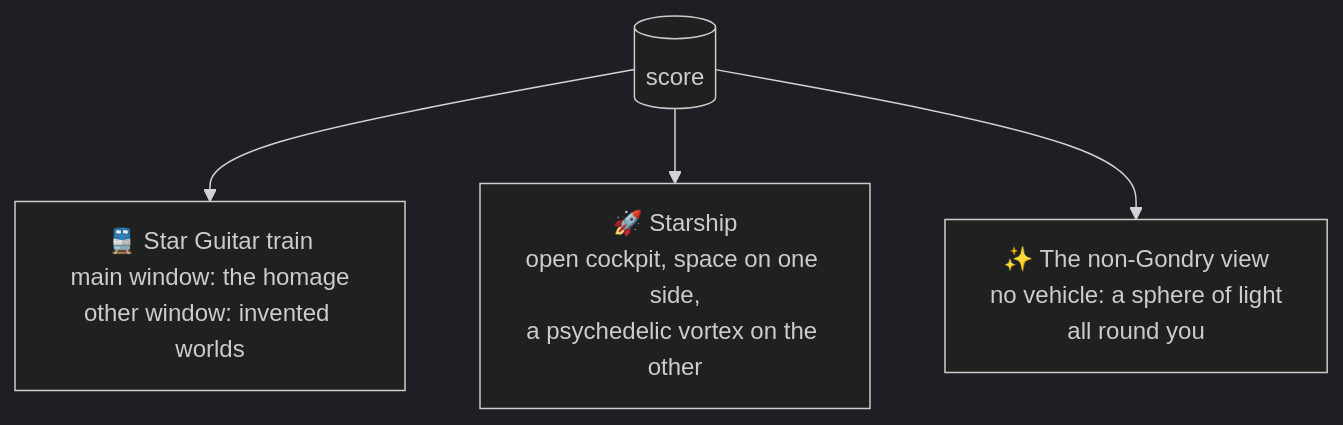
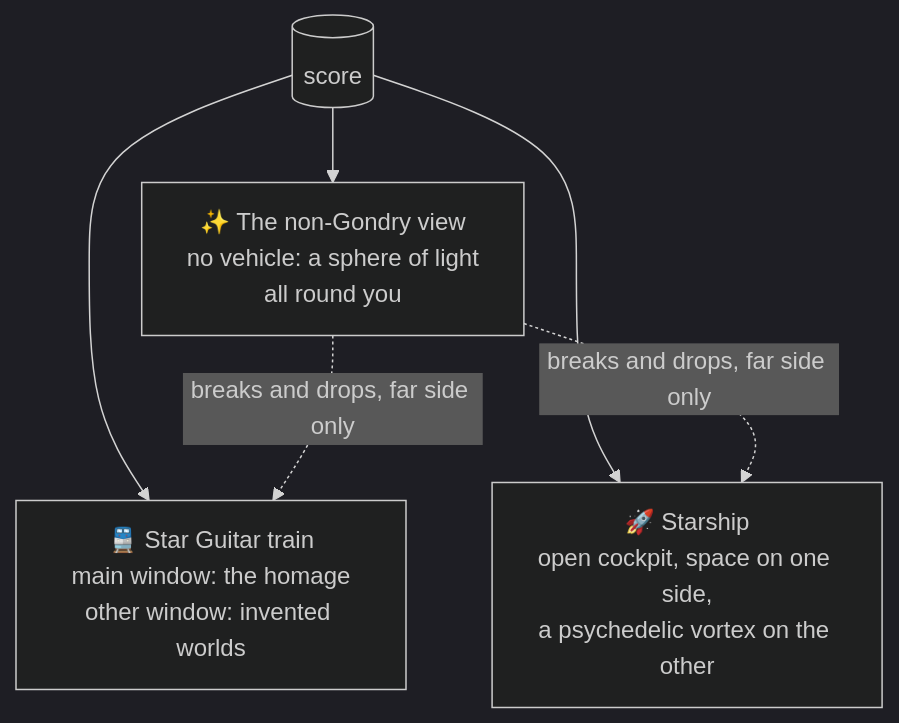
One commit to FrunkQ/gondryator changed the eighth of 8 diagrams in docs/TECHNOLOGY.md. Above: the diagram before and after it, drawn with Mermaid (dark theme). The commit also changed other lines of this file and 12 other files, not shown here.

First line of the commit message:
Far-side disco takeover on breaks and drops, rare finds in the main window, sounds on the train

````diff
--- a/docs/TECHNOLOGY.md
+++ b/docs/TECHNOLOGY.md
@@ -192,6 +192,8 @@
 ```mermaid
 flowchart TB
     S[(score)] --> T[🚆 Star Guitar train<br/>main window: the homage<br/>other window: invented worlds]
     S --> SH[🚀 Starship<br/>open cockpit, space on one side,<br/>a psychedelic vortex on the other]
     S --> V[✨ The non-Gondry view<br/>no vehicle: a sphere of light<br/>all round you]
+    V -. breaks and drops, far side only .-> T
+    V -. breaks and drops, far side only .-> SH
 ```
````
